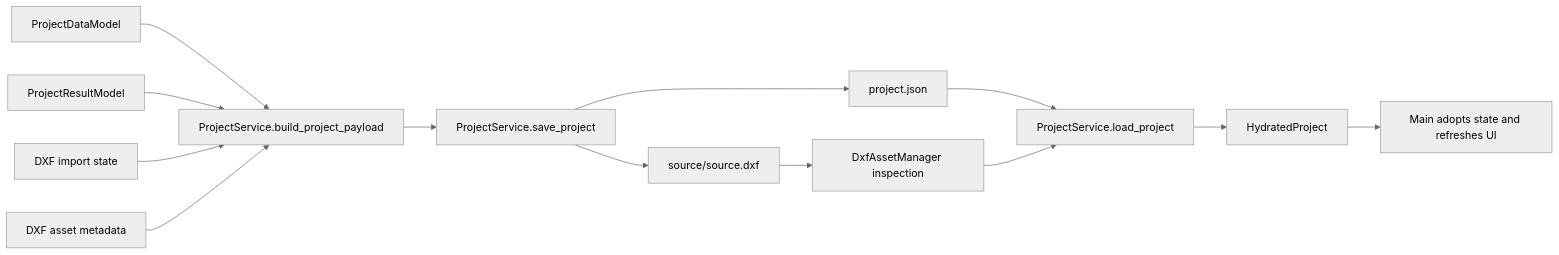
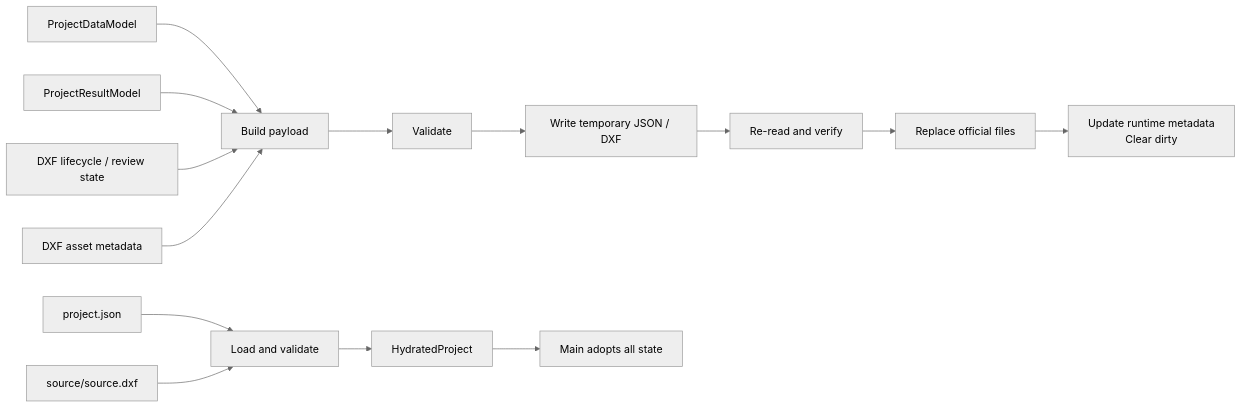
The ninth of 9 diagrams in docs/WORKFLOW.md (Chuang-Chun-An/bracing-optimizer), drawn with Mermaid (neutral theme) before and after one commit. The commit also changed other lines of this file and 217 other files, not shown here.

````diff
--- a/docs/WORKFLOW.md
+++ b/docs/WORKFLOW.md
@@ -42,15 +571,17 @@
 ```mermaid
 flowchart LR
-    Data[ProjectDataModel] --> Build[ProjectService.build_project_payload]
+    Data[ProjectDataModel] --> Build[Build payload]
     Results[ProjectResultModel] --> Build
-    DxfState[DXF import state] --> Build
+    Dxf[DXF lifecycle / review state] --> Build
     Asset[DXF asset metadata] --> Build
-    Build --> Save[ProjectService.save_project]
-    Save --> Json[project.json]
-    Save --> Managed[source/source.dxf]
-    Json --> Load[ProjectService.load_project]
-    Managed --> Inspect[DxfAssetManager inspection]
-    Inspect --> Load
+    Build --> Validate[Validate]
+    Validate --> Temp[Write temporary JSON / DXF]
+    Temp --> Verify[Re-read and verify]
+    Verify --> Replace[Replace official files]
+    Replace --> Clean[Update runtime metadata<br/>Clear dirty]
+
+    Json[project.json] --> Load[Load and validate]
+    Managed[source/source.dxf] --> Load
     Load --> Hydrate[HydratedProject]
-    Hydrate --> Adopt[Main adopts state and refreshes UI]
+    Hydrate --> Adopt[Main adopts all state]
 ```
````
